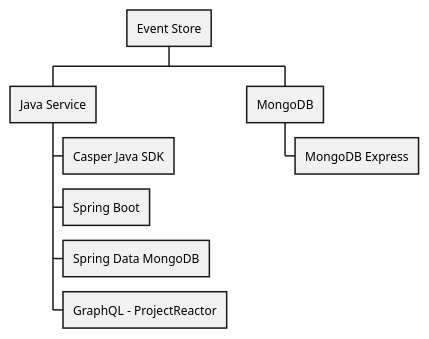
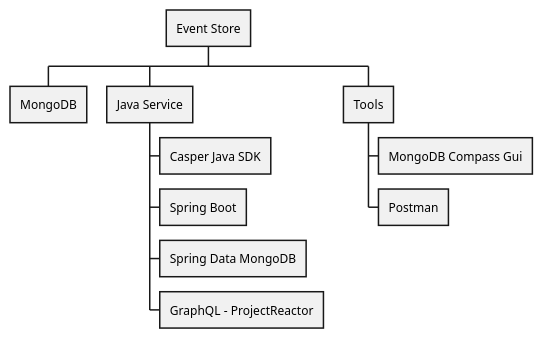
One commit to lucribas/casper-event-store-graphql changed the second of 2 diagrams in README.md. Above: the diagram before and after it, drawn with PlantUML. The commit also changed other lines of this file, not shown here.

````diff
--- a/README.md
+++ b/README.md
@@ -22,12 +22,16 @@
 ```plantuml
 @startwbs
 * Event Store
+** MongoDB
 ** Java Service
 *** Casper Java SDK
 *** Spring Boot
 *** Spring Data MongoDB
 *** GraphQL - ProjectReactor
-** MongoDB
-*** MongoDB Express
+** Tools
+*** MongoDB Compass Gui
+*** Postman
+
+
 @endwbs
 ```
````
